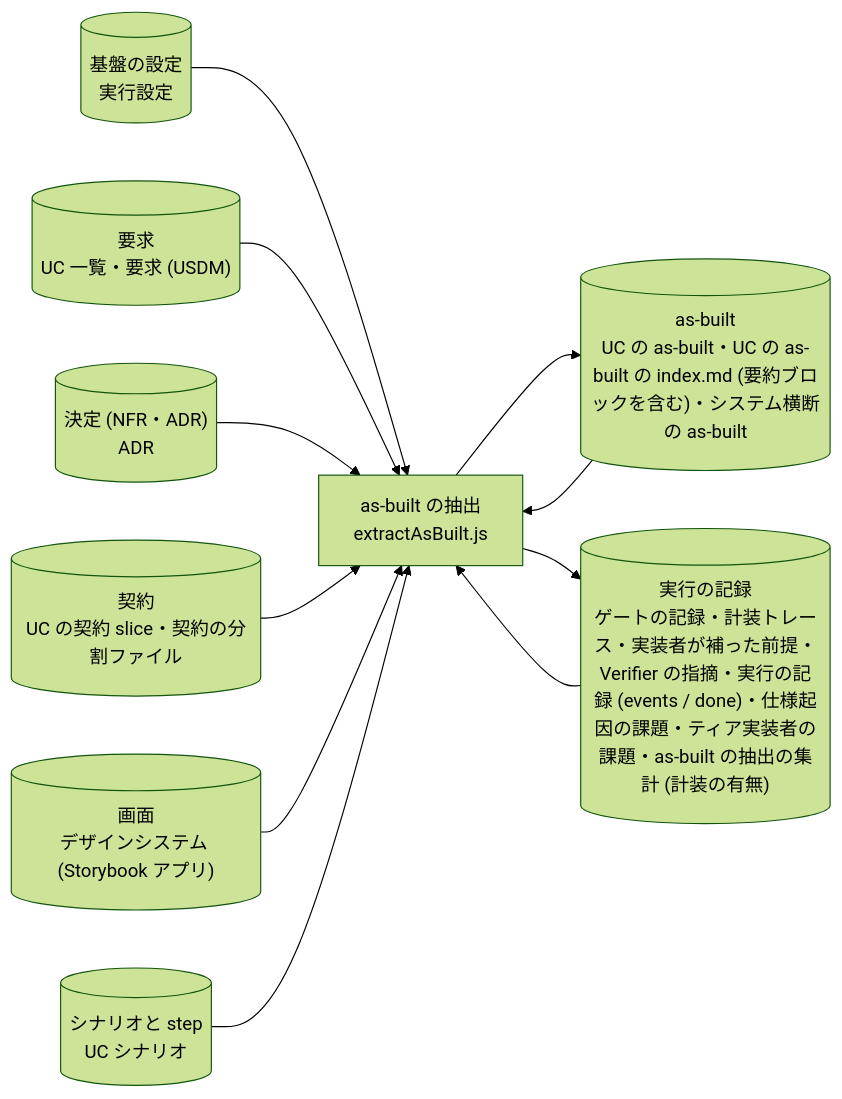
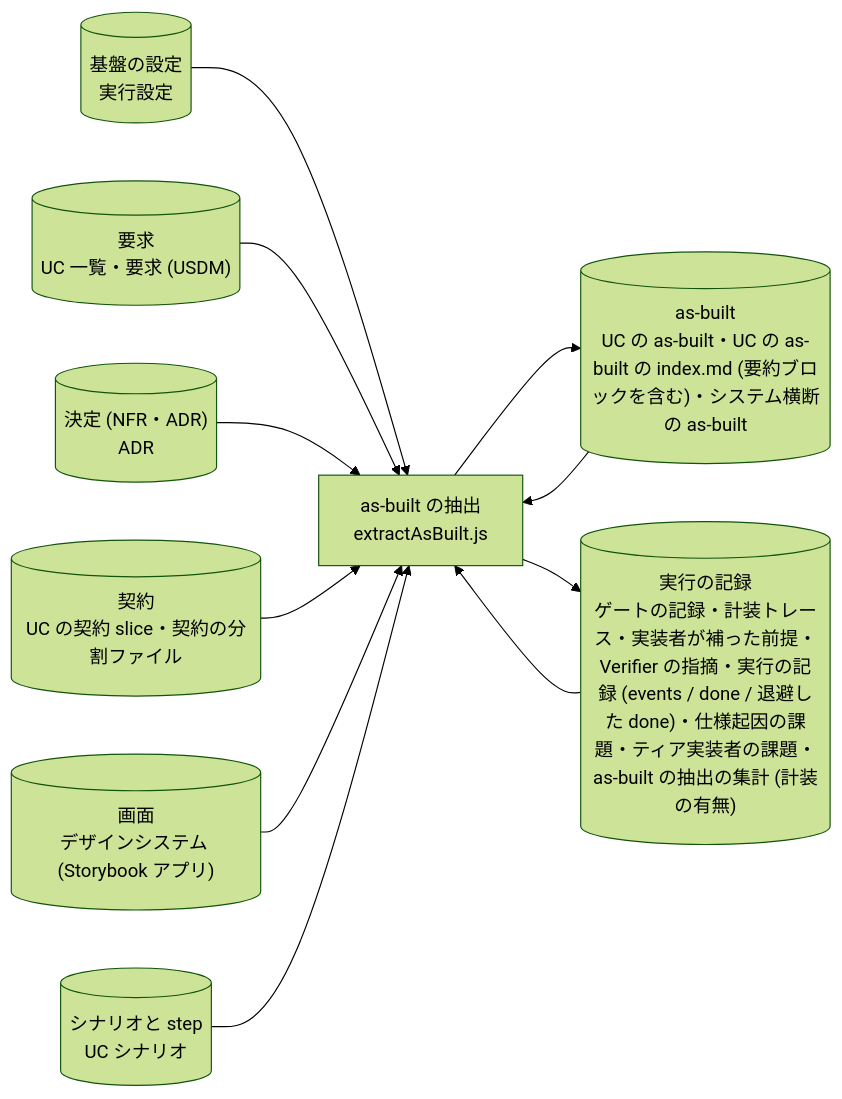
Diagram 22 of 35 in plugins/distillery2/skills/d2-common/references/dataflow.md (suwa-sh/suwa-sh-claude-plugins), drawn with Mermaid (forest theme) before and after one commit. The commit also changed other lines of this file and 9 other files, not shown here.

First line of the commit message:
fix(distillery2): C4 図の basis に契約を記録し、integrate へ戻すとき findings も退避する

````diff
--- a/plugins/distillery2/skills/d2-common/references/dataflow.md
+++ b/plugins/distillery2/skills/d2-common/references/dataflow.md
@@ -589,22 +589,22 @@
 ```mermaid
 flowchart LR
   p_asbuilt_extract["as-built の抽出<br/>extractAsBuilt.js"]
   g_settings[("基盤の設定<br/>実行設定")]
   g_requirements[("要求<br/>UC 一覧・要求 (USDM)")]
   g_decisions[("決定 (NFR・ADR)<br/>ADR")]
-  g_run[("実行の記録<br/>ゲートの記録・計装トレース・実装者が補った前提・Verifier の指摘・実行の記録 (events / done)・仕様起因の課題・ティア実装者の課題・as-built の抽出の集計 (計装の有無)")]
+  g_run[("実行の記録<br/>ゲートの記録・計装トレース・実装者が補った前提・Verifier の指摘・実行の記録 (events / done / 退避した done)・仕様起因の課題・ティア実装者の課題・as-built の抽出の集計 (計装の有無)")]
   g_contracts[("契約<br/>UC の契約 slice・契約の分割ファイル")]
   g_design[("画面<br/>デザインシステム (Storybook アプリ)")]
   g_scenarios[("シナリオと step<br/>UC シナリオ")]
   g_asbuilt[("as-built<br/>UC の as-built・UC の as-built の index.md (要約ブロックを含む)・システム横断の as-built")]
   g_settings --> p_asbuilt_extract
   g_requirements --> p_asbuilt_extract
   g_decisions --> p_asbuilt_extract
   g_run --> p_asbuilt_extract
   g_contracts --> p_asbuilt_extract
   g_design --> p_asbuilt_extract
   g_scenarios --> p_asbuilt_extract
   g_asbuilt --> p_asbuilt_extract
   p_asbuilt_extract --> g_asbuilt
   p_asbuilt_extract --> g_run
 ```
````
